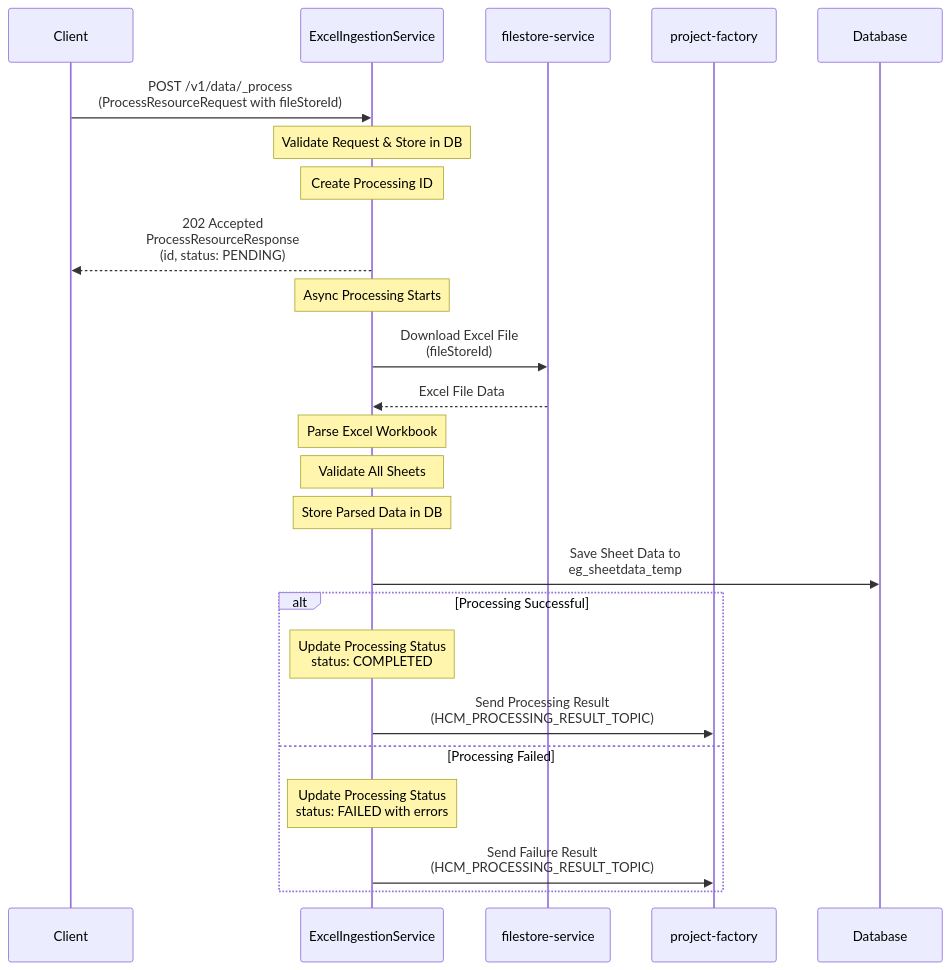
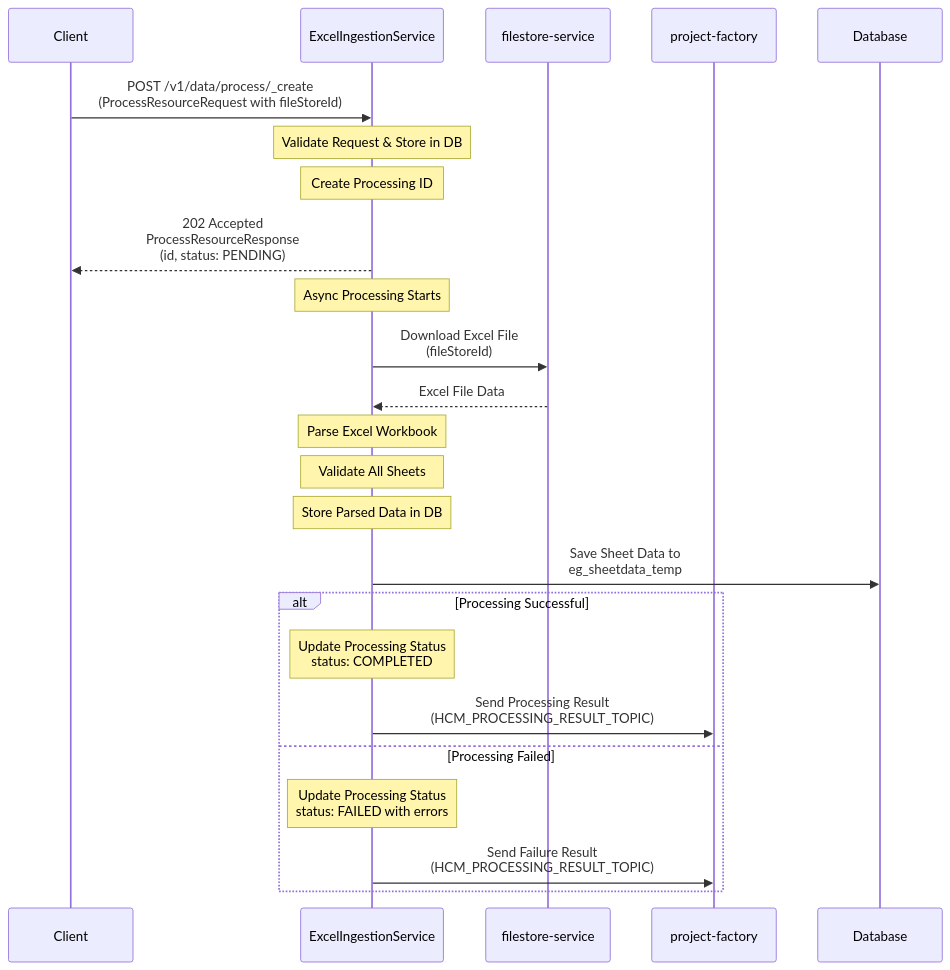
Before and after one commit to egovernments/health-campaign-services: the second of 8 diagrams in health-services/excel-ingestion/README.md, drawn with Mermaid. The commit also changed other lines of this file, not shown here.

Commit message:
update README.md for excel-ingestion

````diff
--- a/health-services/excel-ingestion/README.md
+++ b/health-services/excel-ingestion/README.md
@@ -50,34 +50,34 @@
 ```mermaid
 sequenceDiagram
     participant Client
     participant ExcelIngestionService
     participant filestore-service
     participant project-factory
     participant Database
     
-    Client->>ExcelIngestionService: POST /v1/data/_process<br/>(ProcessResourceRequest with fileStoreId)
+    Client->>ExcelIngestionService: POST /v1/data/process/_create<br/>(ProcessResourceRequest with fileStoreId)
     
     Note over ExcelIngestionService: Validate Request & Store in DB
     Note over ExcelIngestionService: Create Processing ID
     
     ExcelIngestionService-->>Client: 202 Accepted<br/>ProcessResourceResponse<br/>(id, status: PENDING)
     
     Note over ExcelIngestionService: Async Processing Starts
     
     ExcelIngestionService->>filestore-service: Download Excel File<br/>(fileStoreId)
     filestore-service-->>ExcelIngestionService: Excel File Data
     
     Note over ExcelIngestionService: Parse Excel Workbook
     Note over ExcelIngestionService: Validate All Sheets
     Note over ExcelIngestionService: Store Parsed Data in DB
     
     ExcelIngestionService->>Database: Save Sheet Data to<br/>eg_sheetdata_temp
     
     alt Processing Successful
         Note over ExcelIngestionService: Update Processing Status<br/>status: COMPLETED
         ExcelIngestionService->>project-factory: Send Processing Result<br/>(HCM_PROCESSING_RESULT_TOPIC)
     else Processing Failed
         Note over ExcelIngestionService: Update Processing Status<br/>status: FAILED with errors
         ExcelIngestionService->>project-factory: Send Failure Result<br/>(HCM_PROCESSING_RESULT_TOPIC)
     end
 ```
````
